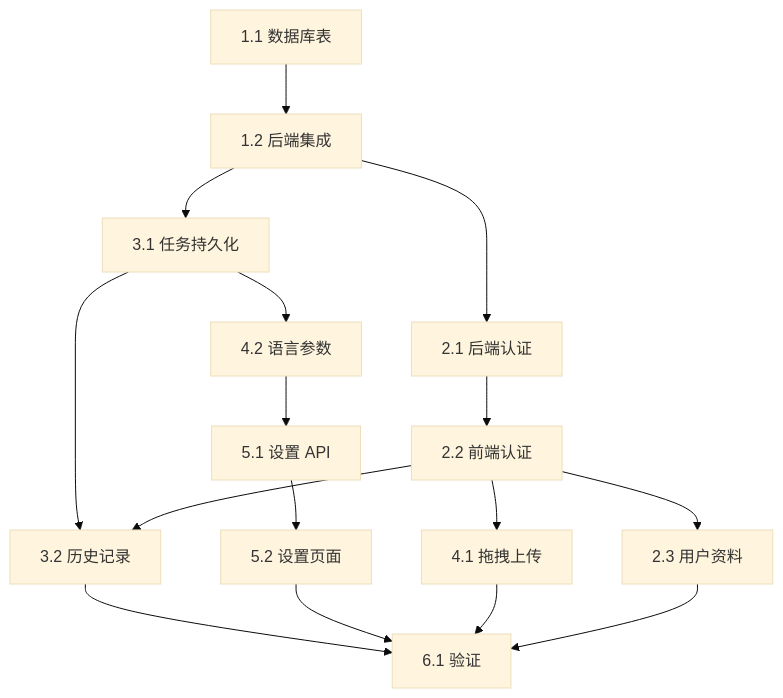
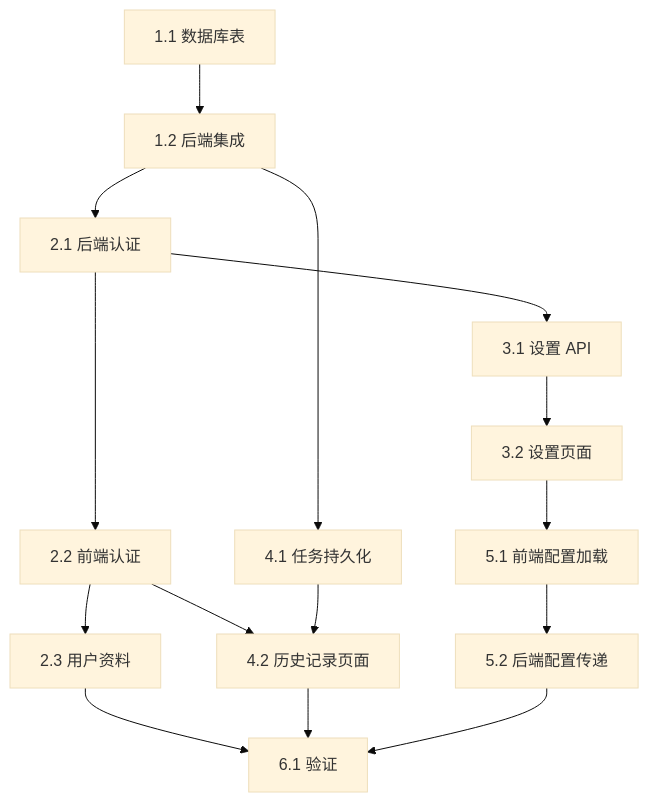
The diagram in openspec/changes/add-multi-user-support/tasks.md (AltriaPendragon49/LaTeXTrans), drawn with Mermaid (base theme) before and after one commit. The commit also changed other lines of this file and 137 other files, not shown here.

````diff
--- a/openspec/changes/add-multi-user-support/tasks.md
+++ b/openspec/changes/add-multi-user-support/tasks.md
@@ -119,18 +159,17 @@
 ```mermaid
 graph TD
     A[1.1 数据库表] --> B[1.2 后端集成]
     B --> C[2.1 后端认证]
-    B --> D[3.1 任务持久化]
-    C --> E[2.2 前端认证]
-    E --> F[2.3 用户资料]
-    D --> G[3.2 历史记录]
-    E --> G
-    D --> H[4.2 语言参数]
-    E --> I[4.1 拖拽上传]
-    H --> J[5.1 设置 API]
-    J --> K[5.2 设置页面]
-    G --> L[6.1 验证]
+    C --> D[2.2 前端认证]
+    D --> E[2.3 用户资料]
+    C --> F[3.1 设置 API]
+    F --> G[3.2 设置页面]
+    B --> H[4.1 任务持久化]
+    D --> I[4.2 历史记录页面]
+    H --> I
+    G --> J[5.1 前端配置加载]
+    J --> K[5.2 后端配置传递]
+    E --> L[6.1 验证]
+    I --> L
     K --> L
-    I --> L
-    F --> L
 ```
````
